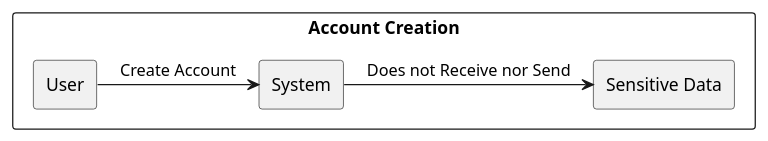
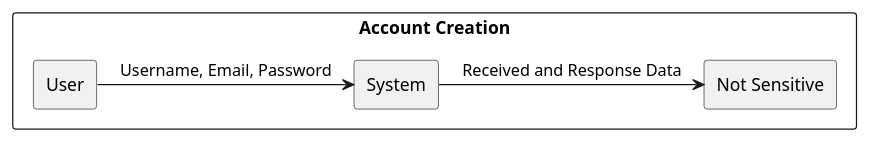
The eighth of 12 diagrams in src/sa/model/index.md (USI-MSDE-SA-2022/software-architecture-model-tommi27), drawn with PlantUML before and after one commit. The commit also changed other lines of this file and 6 other files, not shown here.

````diff
--- a/src/sa/model/index.md
+++ b/src/sa/model/index.md
@@ -448,20 +448,20 @@
 ```puml
 @startuml
 
 skinparam componentStyle rectangle
 skinparam monochrome true
 skinparam shadowing false
 
 rectangle "Account Creation" {
 
 rectangle "User" as Source
-rectangle "Sensitive Data" as Measure
+rectangle "Not Sensitive" as Measure
 
-Source -> [System] : "Create Account"
+Source -> [System] : "Username, Email, Password"
 
-[System] -> [Measure] : "Does not Receive nor Send"
+[System] -> [Measure] : "Received and Response Data"
 
 }
 
 @enduml
 ```
````
